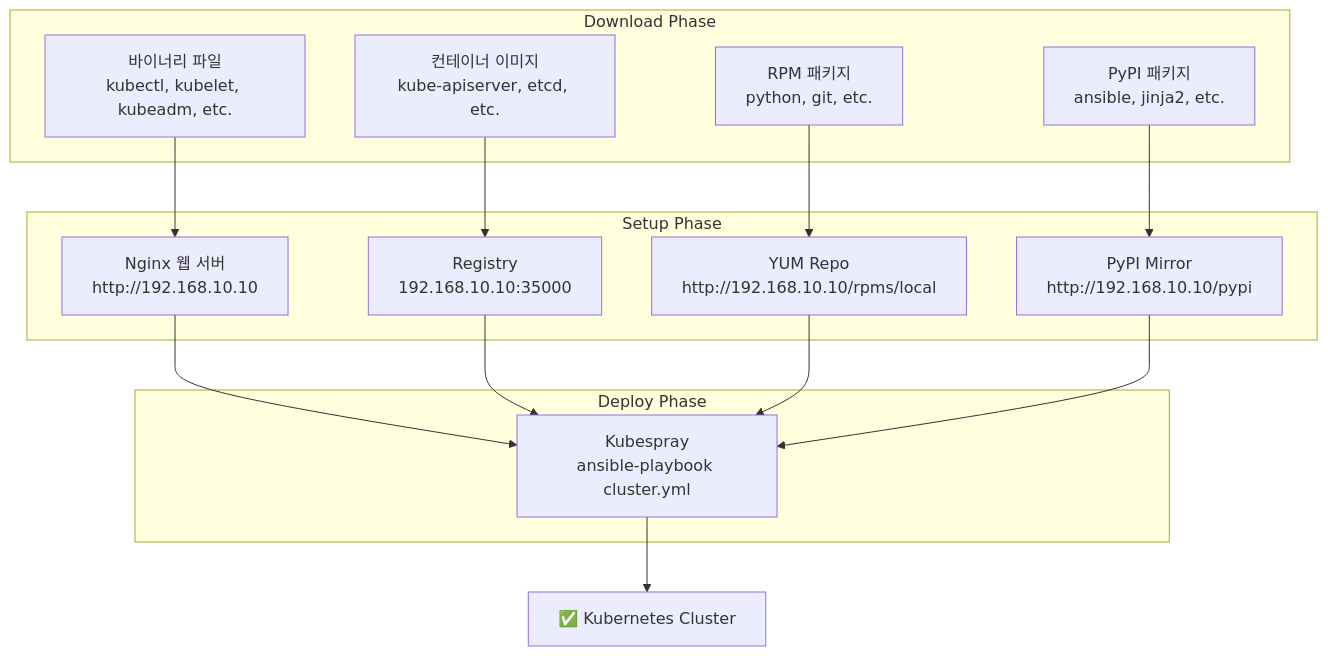
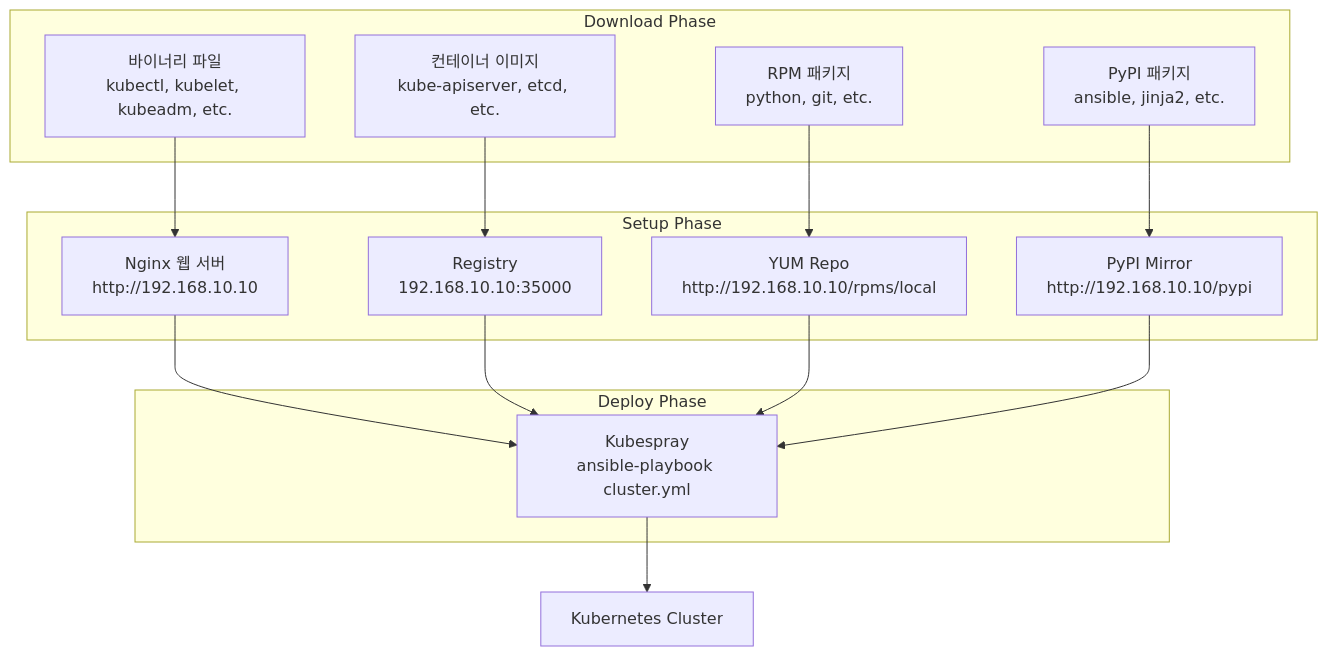
The eighth of 8 diagrams in docs/k8s-deploy/week6-kubespray-offline.md (juwon8891/juwon8891.github.io), drawn with Mermaid before and after one commit. The commit also changed other lines of this file and 25 other files, not shown here.

````diff
--- a/docs/k8s-deploy/week6-kubespray-offline.md
+++ b/docs/k8s-deploy/week6-kubespray-offline.md
@@ -1099,33 +1094,33 @@
 ```mermaid
 graph TB
     subgraph "Download Phase"
         DownloadFiles["바이너리 파일<br/>kubectl, kubelet, kubeadm, etc."]
         DownloadImages["컨테이너 이미지<br/>kube-apiserver, etcd, etc."]
         DownloadRPMs["RPM 패키지<br/>python, git, etc."]
         DownloadPyPI["PyPI 패키지<br/>ansible, jinja2, etc."]
     end
 
     subgraph "Setup Phase"
         Nginx["Nginx 웹 서버<br/>http://192.168.10.10"]
         Registry["Registry<br/>192.168.10.10:35000"]
         YumRepo["YUM Repo<br/>http://192.168.10.10/rpms/local"]
         PyPIMirror["PyPI Mirror<br/>http://192.168.10.10/pypi"]
     end
 
     DownloadFiles --> Nginx
     DownloadImages --> Registry
     DownloadRPMs --> YumRepo
     DownloadPyPI --> PyPIMirror
 
     subgraph "Deploy Phase"
         Kubespray["Kubespray<br/>ansible-playbook cluster.yml"]
     end
 
     Nginx --> Kubespray
     Registry --> Kubespray
     YumRepo --> Kubespray
     PyPIMirror --> Kubespray
 
-    Kubespray --> K8s["✅ Kubernetes Cluster"]
+    Kubespray --> K8s["Kubernetes Cluster"]
 
 ```
````
